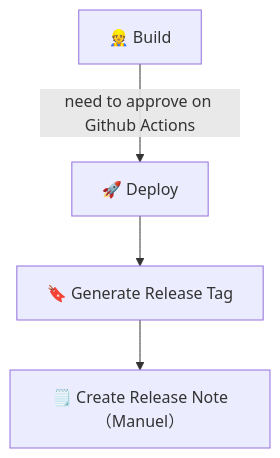
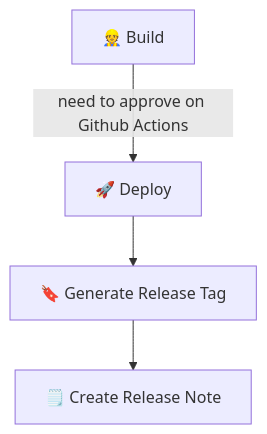
The second of 3 diagrams in docs/FLOWS.md (hidenorioka/site), drawn with Mermaid before and after one commit. The commit also changed other lines of this file and 1 other file, not shown here.

Commit message:
:memo: update docs

````diff
--- a/docs/FLOWS.md
+++ b/docs/FLOWS.md
@@ -15,6 +15,6 @@
 ```mermaid
   graph TD
     A[👷 Build] --> | need to approve on Github Actions | B[🚀 Deploy]
     B --> C[🔖 Generate Release Tag]
-    C --> D[🗒️ Create Release Note（Manuel）]
+    C --> D[🗒️ Create Release Note]
 ```
````
